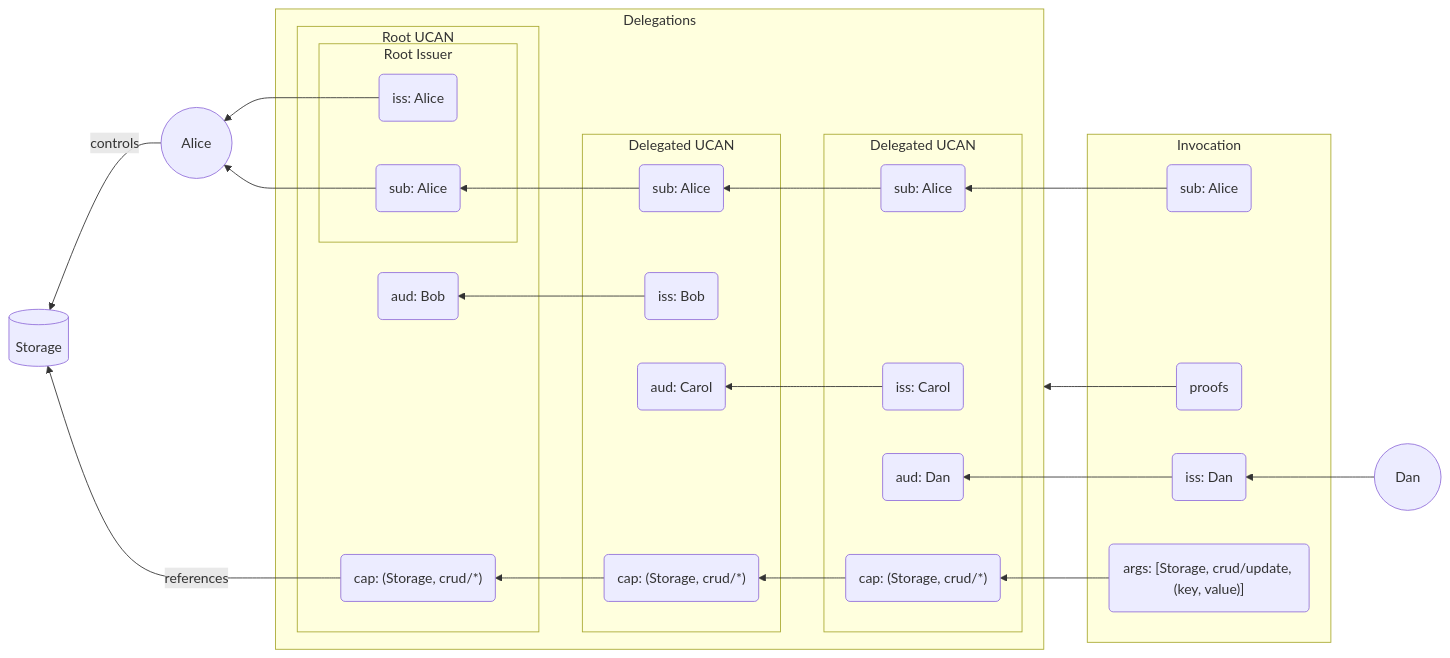
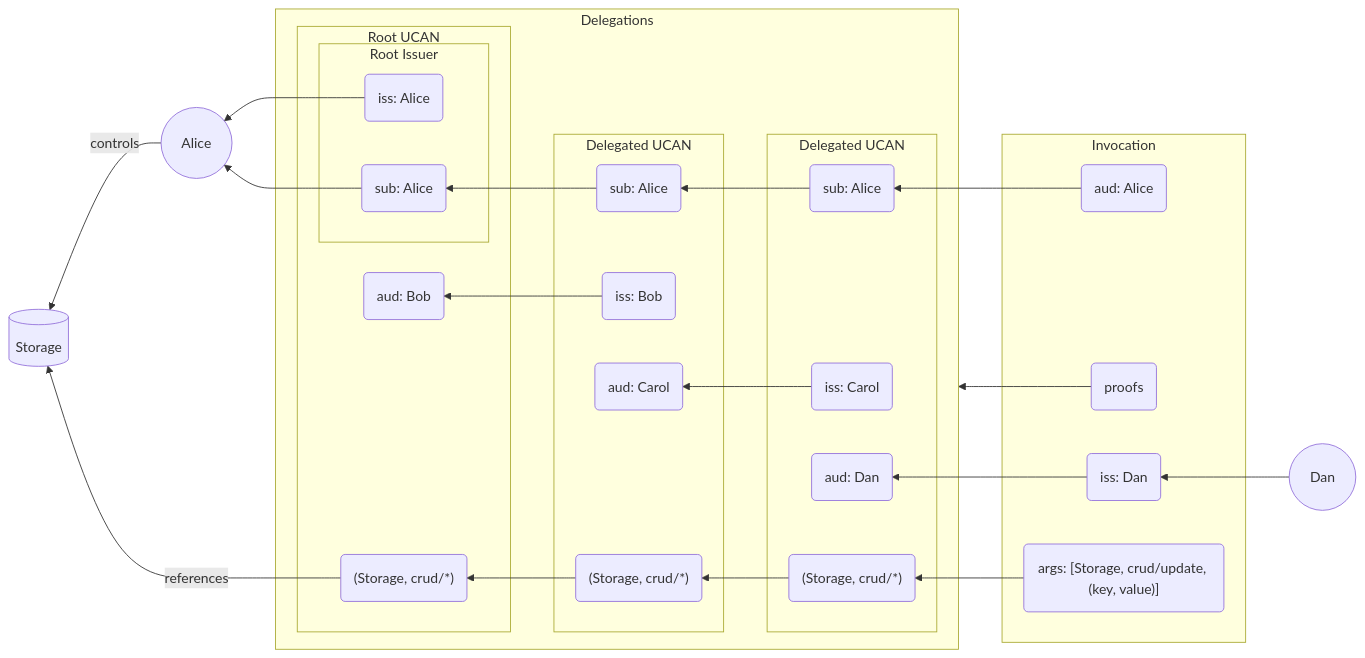
The fourth of 4 diagrams in README.md (ucan-wg/invocation), drawn with Mermaid before and after one commit.

````diff
--- a/README.md
+++ b/README.md
@@ -283,54 +283,53 @@
 ``` mermaid
 flowchart RL
     invoker((&nbsp&nbsp&nbsp&nbspDan&nbsp&nbsp&nbsp&nbsp))
     subject((&nbsp&nbsp&nbsp&nbspAlice&nbsp&nbsp&nbsp&nbsp))
 
     subject -- controls --> resource[(Storage)]
     rootCap -- references --> resource
 
     subgraph Delegations
         subgraph root [Root UCAN]
             subgraph rooting [Root Issuer]
                 rootIss(iss: Alice)
                 rootSub(sub: Alice)
             end
 
-            rootCap("cap: (Storage, crud/*)")
+            rootCap("(Storage, crud/*)")
             rootAud(aud: Bob)
         end
 
         subgraph del1 [Delegated UCAN]
             del1Iss(iss: Bob) --> rootAud
             del1Sub(sub: Alice)
             del1Aud(aud: Carol)
-            del1Cap("cap: (Storage, crud/*)") --> rootCap
-
+            del1Cap("(Storage, crud/*)") --> rootCap
 
             del1Sub --> rootSub
         end
 
         subgraph del2 [Delegated UCAN]
             del2Iss(iss: Carol) --> del1Aud
             del2Sub(sub: Alice)
             del2Aud(aud: Dan)
-            del2Cap("cap: (Storage, crud/*)") --> del1Cap
+            del2Cap("(Storage, crud/*)") --> del1Cap
 
             del2Sub --> del1Sub
         end
     end
 
      subgraph inv [Invocation]
         invIss(iss: Dan)
         args("args: [Storage, crud/update, (key, value)]")
-        invSub(sub: Alice)
+        invSub(aud: Alice)
         prf("proofs")
     end
 
     invIss --> del2Aud
     invoker --> invIss
     args --> del2Cap
     invSub --> del2Sub
     rootIss --> subject
     rootSub --> subject
     prf --> Delegations
 ```
````
